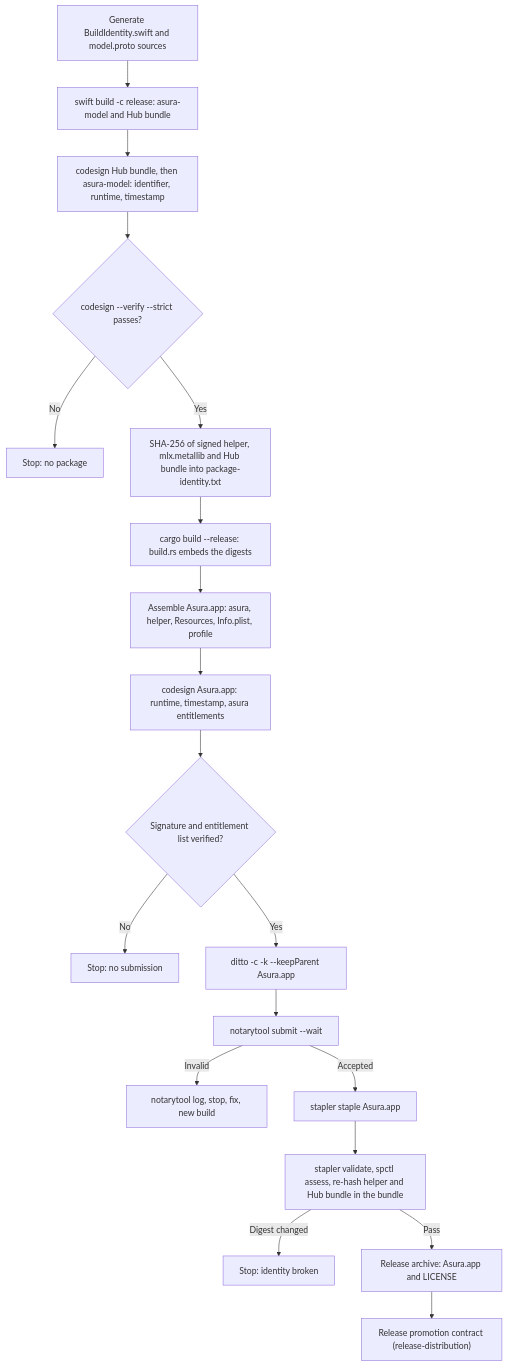
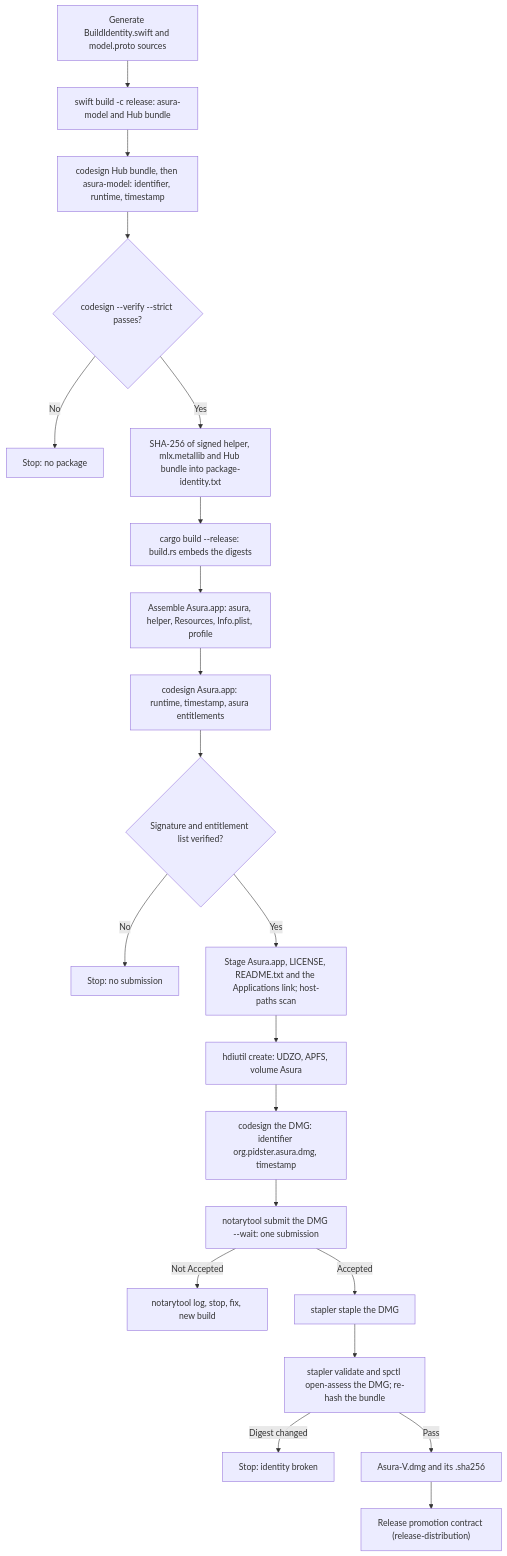
Before and after one commit to pidster/asura: the second of 17 diagrams in docs/designs/release-signing.md, drawn with Mermaid. The commit also changed other lines of this file and 10 other files, not shown here.

First line of the commit message:
Design the signed DMG and Homebrew cask distribution (SG6)

````diff
--- a/docs/designs/release-signing.md
+++ b/docs/designs/release-signing.md
@@ -311,21 +325,23 @@
 ```mermaid
 flowchart TD
     G["Generate BuildIdentity.swift and model.proto sources"] --> SB["swift build -c release: asura-model and Hub bundle"]
     SB --> SN["codesign Hub bundle, then asura-model: identifier, runtime, timestamp"]
     SN --> HV{"codesign --verify --strict passes?"}
     HV -->|No| Stop1["Stop: no package"]
     HV -->|Yes| Hash["SHA-256 of signed helper, mlx.metallib and Hub bundle into package-identity.txt"]
     Hash --> CB["cargo build --release: build.rs embeds the digests"]
     CB --> Asm["Assemble Asura.app: asura, helper, Resources, Info.plist, profile"]
     Asm --> SA["codesign Asura.app: runtime, timestamp, asura entitlements"]
     SA --> AV{"Signature and entitlement list verified?"}
     AV -->|No| Stop2["Stop: no submission"]
-    AV -->|Yes| Zip["ditto -c -k --keepParent Asura.app"]
-    Zip --> Sub["notarytool submit --wait"]
-    Sub -->|Invalid| Log["notarytool log, stop, fix, new build"]
-    Sub -->|Accepted| St["stapler staple Asura.app"]
-    St --> Chk["stapler validate, spctl assess, re-hash helper and Hub bundle in the bundle"]
+    AV -->|Yes| Pack["Stage Asura.app, LICENSE, README.txt and the Applications link; host-paths scan"]
+    Pack --> Img["hdiutil create: UDZO, APFS, volume Asura"]
+    Img --> SD["codesign the DMG: identifier org.pidster.asura.dmg, timestamp"]
+    SD --> Sub["notarytool submit the DMG --wait: one submission"]
+    Sub -->|"Not Accepted"| Log["notarytool log, stop, fix, new build"]
+    Sub -->|Accepted| St["stapler staple the DMG"]
+    St --> Chk["stapler validate and spctl open-assess the DMG; re-hash the bundle"]
     Chk -->|Digest changed| Stop3["Stop: identity broken"]
-    Chk -->|Pass| Tar["Release archive: Asura.app and LICENSE"]
-    Tar --> Rel["Release promotion contract (release-distribution)"]
+    Chk -->|Pass| Sum["Asura-V.dmg and its .sha256"]
+    Sum --> Rel["Release promotion contract (release-distribution)"]
 ```
````
